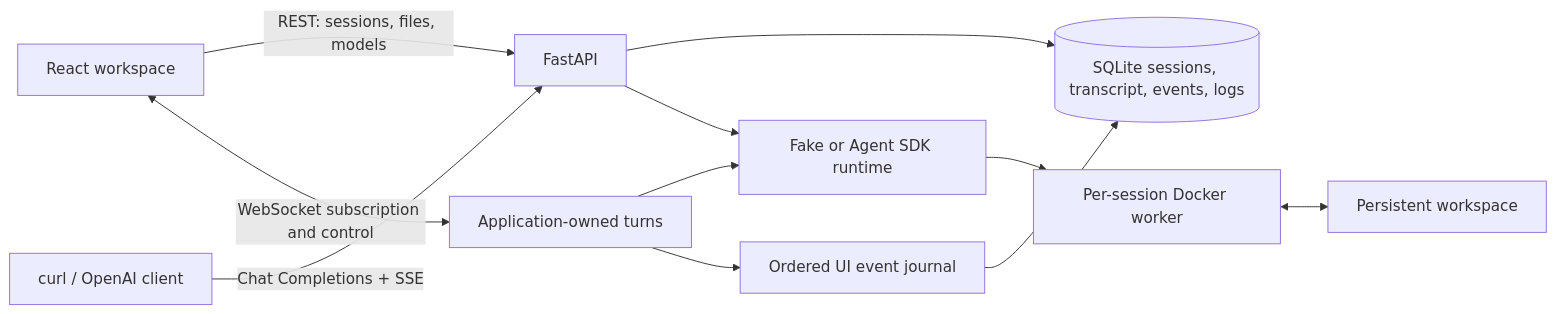
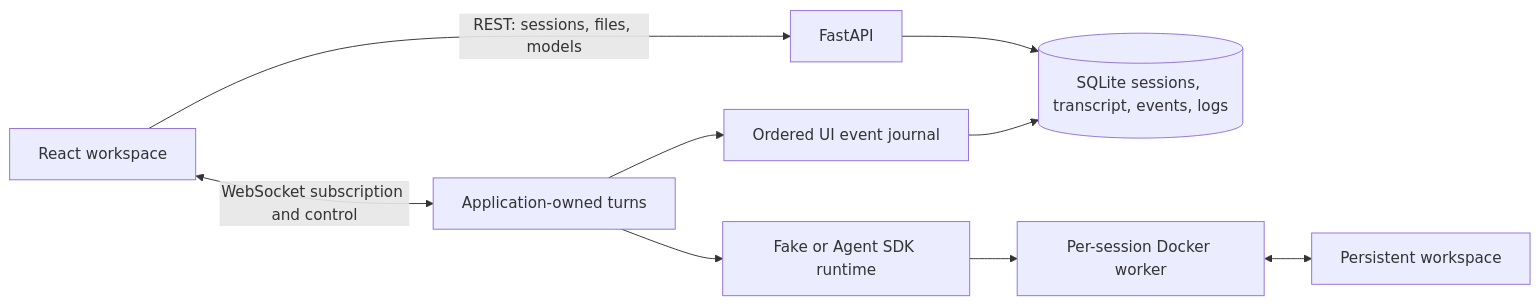
One commit to FireflyTang/WebAgent changed the diagram in README.md. Above: the diagram before and after it, drawn with Mermaid. The commit also changed other lines of this file and 96 other files, not shown here.

````diff
--- a/README.md
+++ b/README.md
@@ -108,13 +82,11 @@
 ```mermaid
 flowchart LR
     UI[React workspace] -->|REST: sessions, files, models| API[FastAPI]
     UI <-->|WebSocket subscription and control| Turns[Application-owned turns]
-    Curl[curl / OpenAI client] -->|Chat Completions + SSE| API
     API --> DB[(SQLite sessions, transcript, events, logs)]
     Turns --> Runtime[Fake or Agent SDK runtime]
-    API --> Runtime
     Runtime --> Worker[Per-session Docker worker]
     Worker <--> Files[Persistent workspace]
     Turns --> Journal[Ordered UI event journal]
     Journal --> DB
 ```
````
